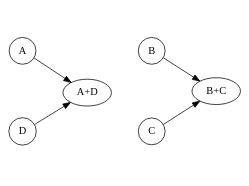
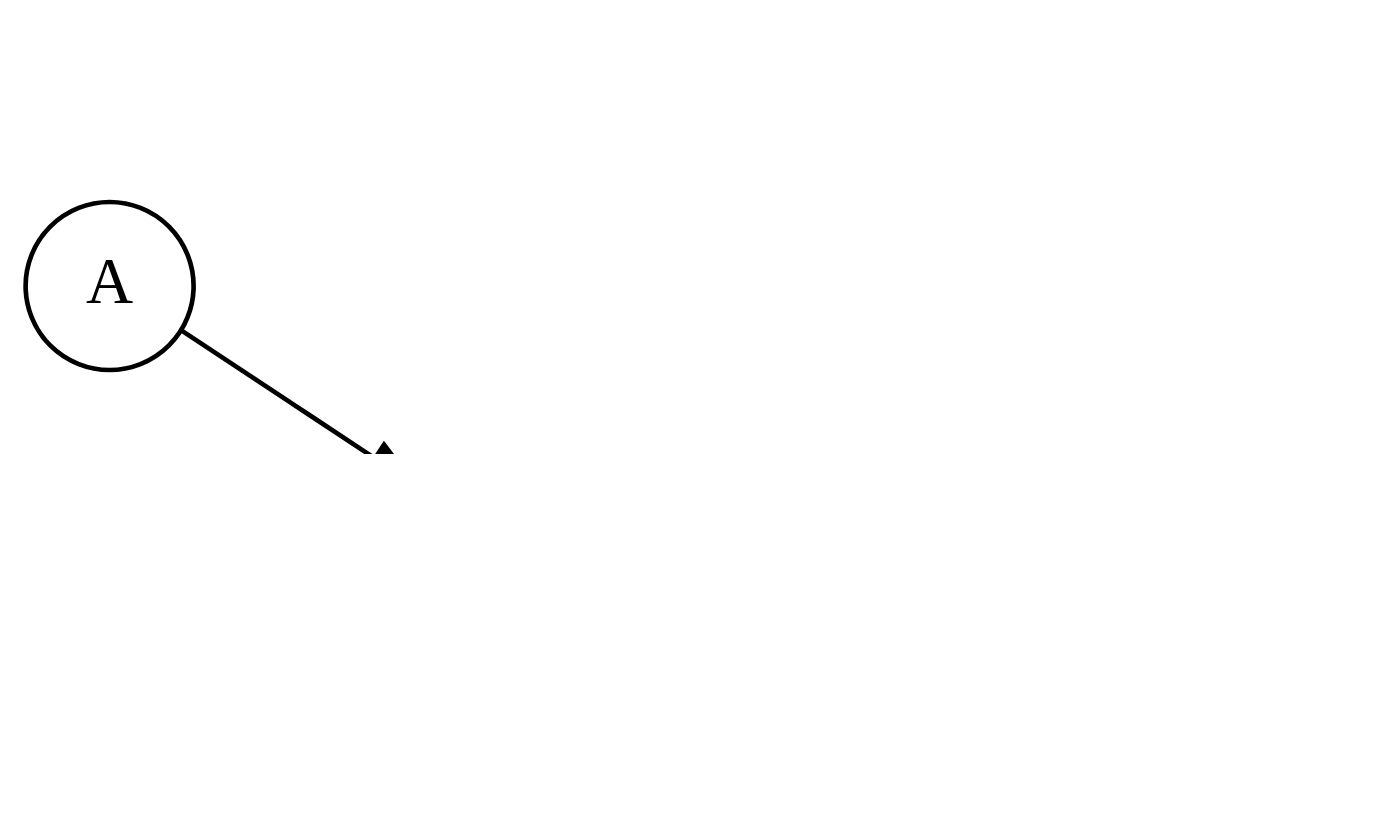
One commit to inponomarev/kstreams-testing-pitfalls changed diagram 26 of 33 in slides/src/main/asciidoc/lecture.adoc. Above: the diagram before and after it, drawn with Graphviz. The commit also changed other lines of this file, not shown here.

Commit message:
diagram size tweaks

```diff
--- a/slides/src/main/asciidoc/lecture.adoc
+++ b/slides/src/main/asciidoc/lecture.adoc
@@ -1128,28 +1129,29 @@
 [graphviz,"timing2.png"]
 ----
 digraph G {
   rankdir="LR";
+  graph [dpi = 180];
   node[shape="circle"];
   A->X2->B[style=invis];
   A->B[style=invis];
   D->C[style=invis];
   D->X3->C[style=invis];
   
   A->J1;D->J1;
   C->J2;B->J2;
 
   {rank=same;A;X1;D}
   {rank=same;B;X4;C}
 
   A->X1->D[style=invis];
   B->X4->C[style=invis];
 
   J1[label="A+D";shape="oval"]
   J2[label="B+C";shape="oval"]
   /*invisible nodes for padding*/
   X1[style=invis;label="X"];
   X2[style=invis;label="X"];
   X3[style=invis;label="X"];
   X4[style=invis;label="X"];
 }
 ----
```
